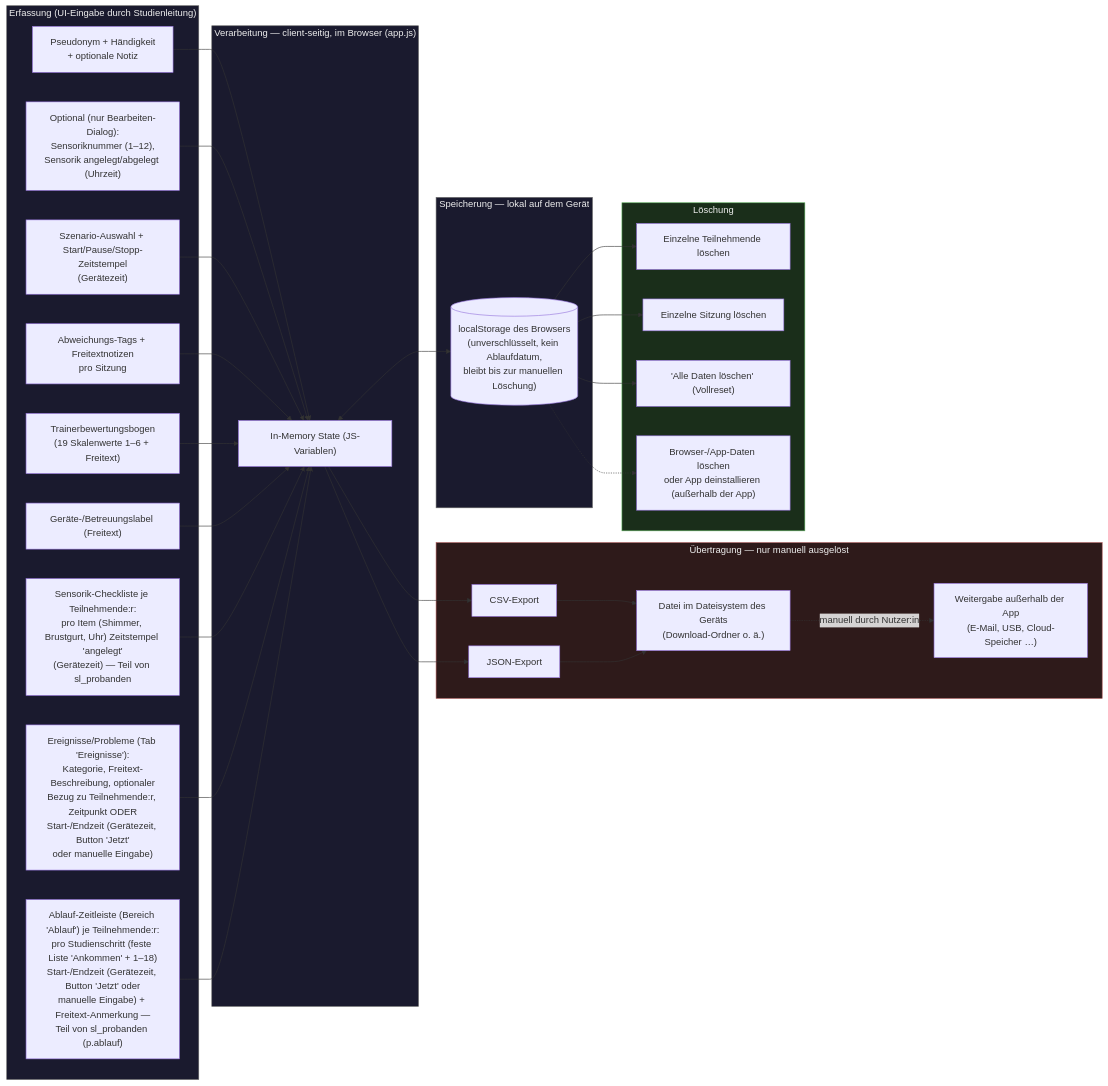
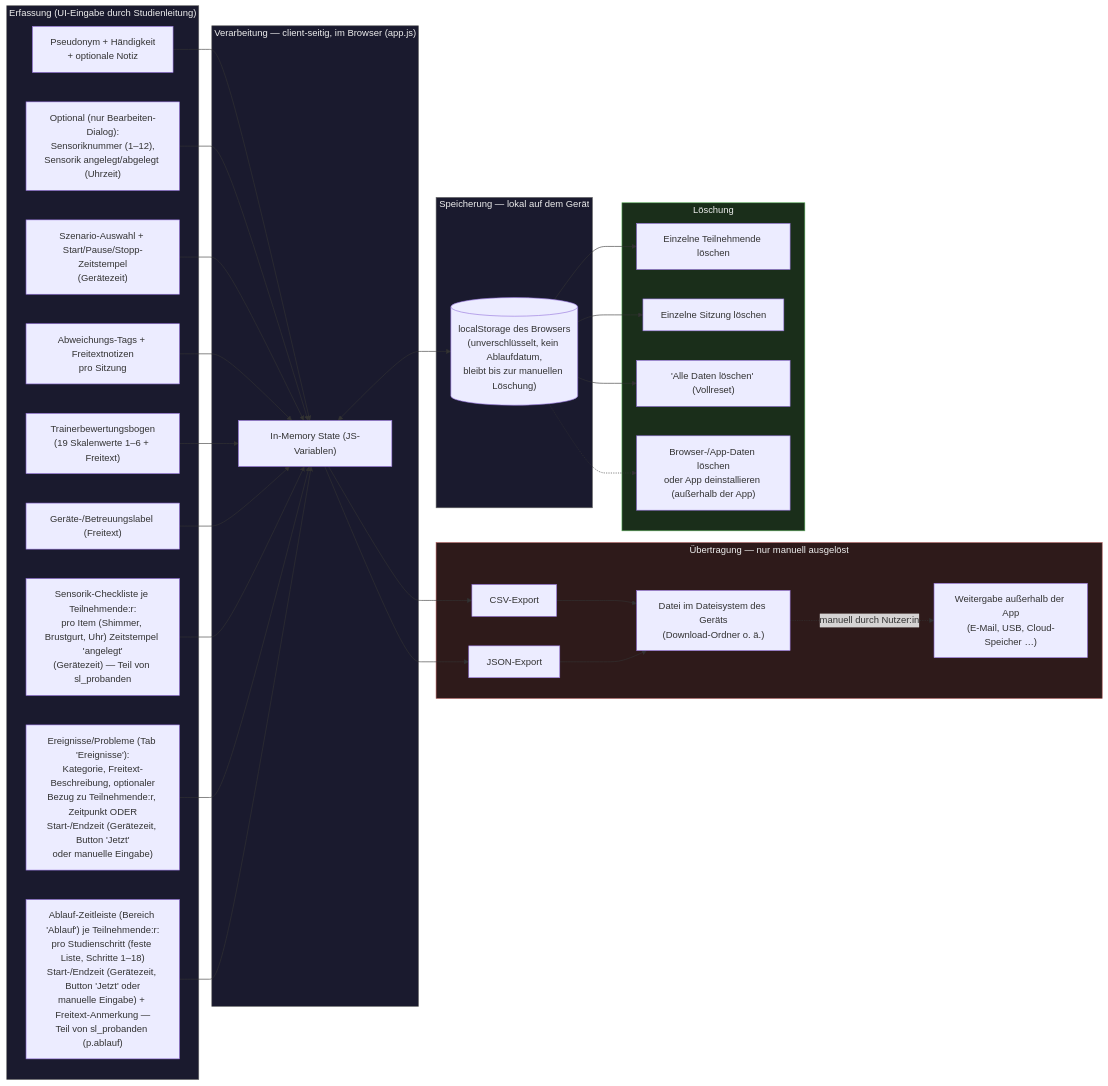
The diagram in docs/DATENFLUSS.md (MStem911/StudyLog-mextPro), drawn with Mermaid before and after one commit. The commit also changed other lines of this file and 6 other files, not shown here.

````diff
--- a/docs/DATENFLUSS.md
+++ b/docs/DATENFLUSS.md
@@ -27,53 +27,53 @@
 ```mermaid
 flowchart LR
     subgraph Input["Erfassung (UI-Eingabe durch Studienleitung)"]
         I1["Pseudonym + Händigkeit<br/>+ optionale Notiz"]
         I2["Optional (nur Bearbeiten-Dialog):<br/>Sensoriknummer (1–12),<br/>Sensorik angelegt/abgelegt (Uhrzeit)"]
         I3["Szenario-Auswahl + Start/Pause/Stopp-Zeitstempel<br/>(Gerätezeit)"]
         I4["Abweichungs-Tags + Freitextnotizen<br/>pro Sitzung"]
         I5["Trainerbewertungsbogen<br/>(19 Skalenwerte 1–6 + Freitext)"]
         I6["Geräte-/Betreuungslabel (Freitext)"]
         I7["Sensorik-Checkliste je Teilnehmende:r:<br/>pro Item (Shimmer, Brustgurt, Uhr) Zeitstempel 'angelegt'<br/>(Gerätezeit) — Teil von sl_probanden"]
         I8["Ereignisse/Probleme (Tab 'Ereignisse'):<br/>Kategorie, Freitext-Beschreibung, optionaler<br/>Bezug zu Teilnehmende:r, Zeitpunkt ODER<br/>Start-/Endzeit (Gerätezeit, Button 'Jetzt'<br/>oder manuelle Eingabe)"]
-        I9["Ablauf-Zeitleiste (Bereich 'Ablauf') je Teilnehmende:r:<br/>pro Studienschritt (feste Liste 'Ankommen' + 1–18)<br/>Start-/Endzeit (Gerätezeit, Button 'Jetzt' oder<br/>manuelle Eingabe) + Freitext-Anmerkung —<br/>Teil von sl_probanden (p.ablauf)"]
+        I9["Ablauf-Zeitleiste (Bereich 'Ablauf') je Teilnehmende:r:<br/>pro Studienschritt (feste Liste, Schritte 1–18)<br/>Start-/Endzeit (Gerätezeit, Button 'Jetzt' oder<br/>manuelle Eingabe) + Freitext-Anmerkung —<br/>Teil von sl_probanden (p.ablauf)"]
     end
 
     subgraph Process["Verarbeitung — client-seitig, im Browser (app.js)"]
         P1["In-Memory State (JS-Variablen)"]
     end
 
     subgraph Storage["Speicherung — lokal auf dem Gerät"]
         S1[("localStorage des Browsers<br/>(unverschlüsselt, kein Ablaufdatum,<br/>bleibt bis zur manuellen Löschung)")]
     end
 
     subgraph Transfer["Übertragung — nur manuell ausgelöst"]
         T1["CSV-Export"]
         T2["JSON-Export"]
         T3["Datei im Dateisystem des Geräts<br/>(Download-Ordner o. ä.)"]
         T4["Weitergabe außerhalb der App<br/>(E-Mail, USB, Cloud-Speicher …)"]
     end
 
     subgraph Delete["Löschung"]
         D1["Einzelne Teilnehmende löschen"]
         D2["Einzelne Sitzung löschen"]
         D3["'Alle Daten löschen' (Vollreset)"]
         D4["Browser-/App-Daten löschen<br/>oder App deinstallieren (außerhalb der App)"]
     end
 
     I1 & I2 & I3 & I4 & I5 & I6 & I7 & I8 & I9 --> P1
     P1 <--> S1
     P1 --> T1 --> T3
     P1 --> T2 --> T3
     T3 -.manuell durch Nutzer:in.-> T4
 
     S1 --> D1
     S1 --> D2
     S1 --> D3
     S1 -.-> D4
 
     style Input fill:#1a1a2e,stroke:#666,color:#eee
     style Process fill:#1a1a2e,stroke:#666,color:#eee
     style Storage fill:#1a1a2e,stroke:#666,color:#eee
     style Transfer fill:#2e1a1a,stroke:#a55,color:#eee
     style Delete fill:#1a2e1a,stroke:#5a5,color:#eee
 ```
````
